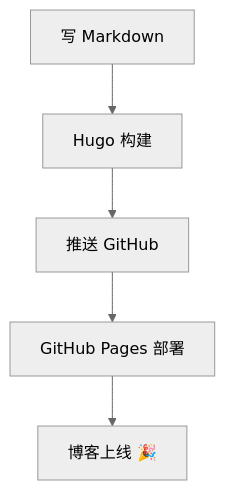
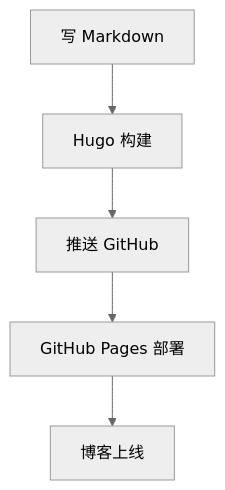
The diagram in content/posts/hello-world/index.md (ayanesakura/ayanesakura.github.io), drawn with Mermaid (neutral theme) before and after one commit. The commit also changed other lines of this file, not shown here.

Commit message:
fix: use shortcodes for mermaid and katex rendering

````diff
--- a/content/posts/hello-world/index.md
+++ b/content/posts/hello-world/index.md
@@ -33,7 +33,7 @@
-```mermaid
+{{< mermaid >}}
 graph TD
     A[写 Markdown] --> B[Hugo 构建]
     B --> C[推送 GitHub]
     C --> D[GitHub Pages 部署]
-    D --> E[博客上线 🎉]
-```
+    D --> E[博客上线]
+{{< /mermaid >}}
````
